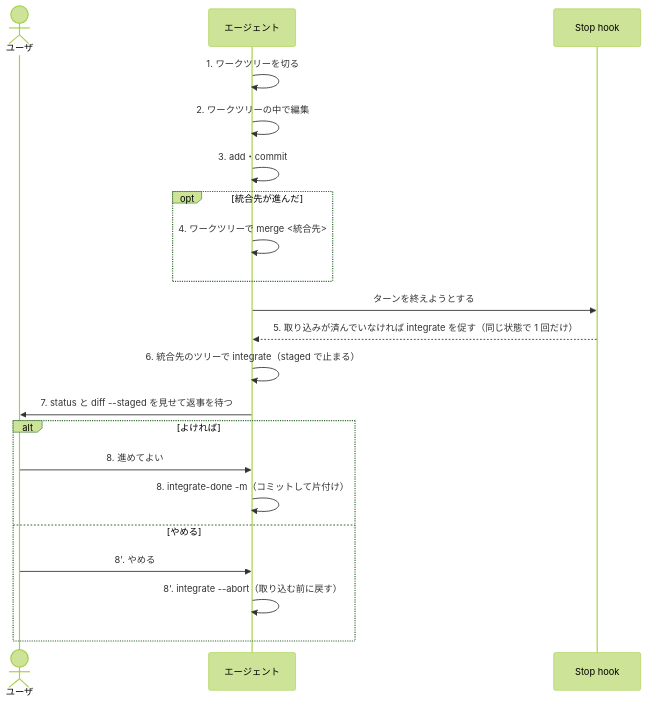
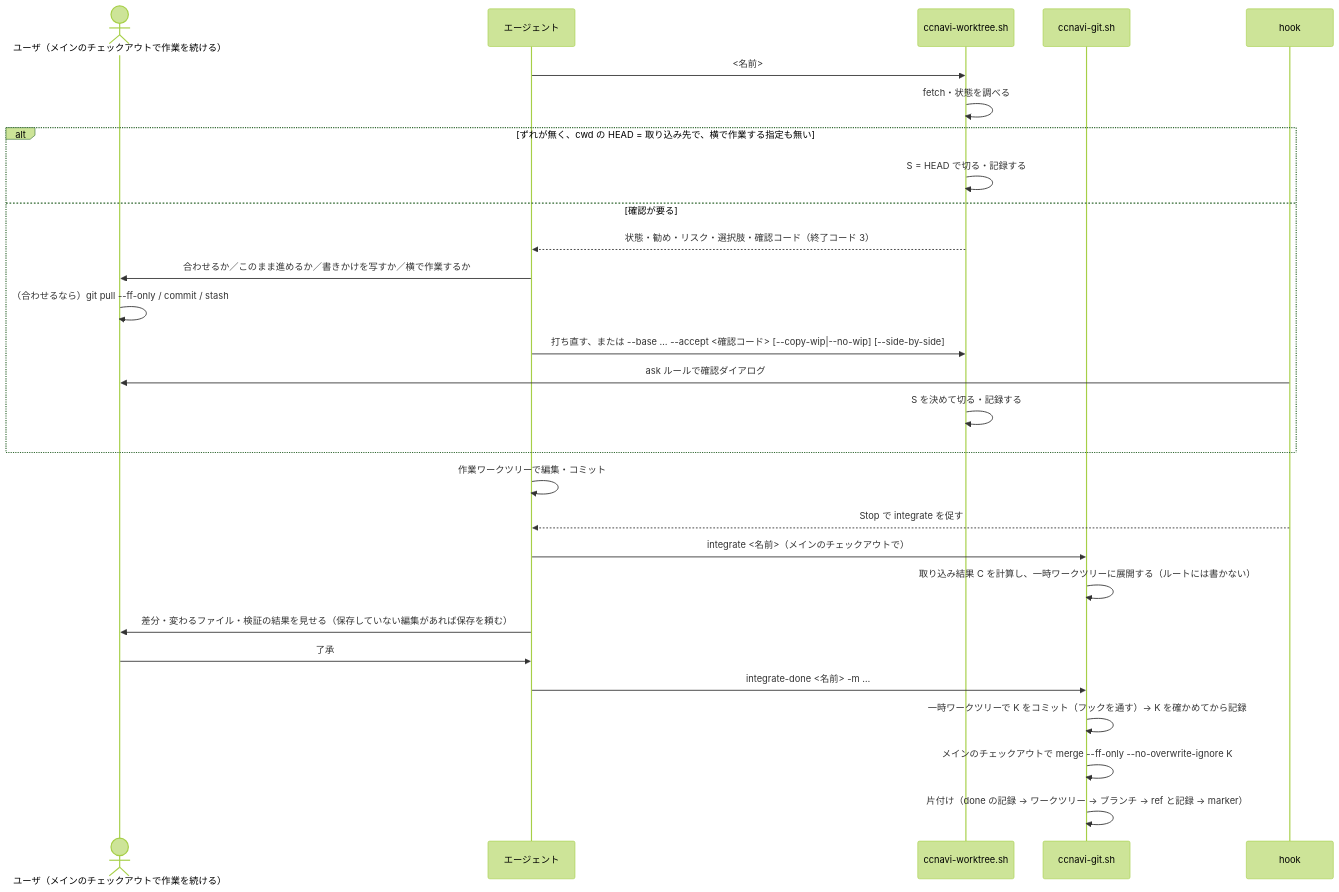
The diagram in .ccnavi/docs/direct-flow.md (yuki-matsu783/ccnavi), drawn with Mermaid (forest theme) before and after one commit. The commit also changed other lines of this file and 24 other files, not shown here.

````diff
--- a/.ccnavi/docs/direct-flow.md
+++ b/.ccnavi/docs/direct-flow.md
@@ -17,24 +47,30 @@
 ```mermaid
 sequenceDiagram
-  actor U as ユーザ
+  actor U as ユーザ（メインのチェックアウトで作業を続ける）
   participant A as エージェント
-  participant H as Stop hook
-
-  A->>A: 1. ワークツリーを切る
-  A->>A: 2. ワークツリーの中で編集
-  A->>A: 3. add・commit
-  opt 統合先が進んだ
-    A->>A: 4. ワークツリーで merge <統合先>
+  participant W as ccnavi-worktree.sh
+  participant G as ccnavi-git.sh
+  participant H as hook
+  A->>W: <名前>
+  W->>W: fetch・状態を調べる
+  alt ずれが無く、cwd の HEAD = 取り込み先で、横で作業する指定も無い
+    W->>W: S = HEAD で切る・記録する
+  else 確認が要る
+    W-->>A: 状態・勧め・リスク・選択肢・確認コード（終了コード 3）
+    A->>U: 合わせるか／このまま進めるか／書きかけを写すか／横で作業するか
+    U->>U: （合わせるなら）git pull --ff-only / commit / stash
+    A->>W: 打ち直す、または --base … --accept <確認コード> [--copy-wip|--no-wip] [--side-by-side]
+    H->>U: ask ルールで確認ダイアログ
+    W->>W: S を決めて切る・記録する
   end
-  A->>H: ターンを終えようとする
-  H-->>A: 5. 取り込みが済んでいなければ integrate を促す（同じ状態で 1 回だけ）
-  A->>A: 6. 統合先のツリーで integrate（staged で止まる）
-  A->>U: 7. status と diff --staged を見せて返事を待つ
-  alt よければ
-    U->>A: 8. 進めてよい
-    A->>A: 8. integrate-done -m（コミットして片付け）
-  else やめる
-    U->>A: 8'. やめる
-    A->>A: 8'. integrate --abort（取り込む前に戻す）
-  end
+  A->>A: 作業ワークツリーで編集・コミット
+  H-->>A: Stop で integrate を促す
+  A->>G: integrate <名前>（メインのチェックアウトで）
+  G->>G: 取り込み結果 C を計算し、一時ワークツリーに展開する（ルートには書かない）
+  A->>U: 差分・変わるファイル・検証の結果を見せる（保存していない編集があれば保存を頼む）
+  U->>A: 了承
+  A->>G: integrate-done <名前> -m …
+  G->>G: 一時ワークツリーで K をコミット（フックを通す）→ K を確かめてから記録
+  G->>G: メインのチェックアウトで merge --ff-only --no-overwrite-ignore K
+  G->>G: 片付け（done の記録 → ワークツリー → ブランチ → ref と記録 → marker）
 ```
````
